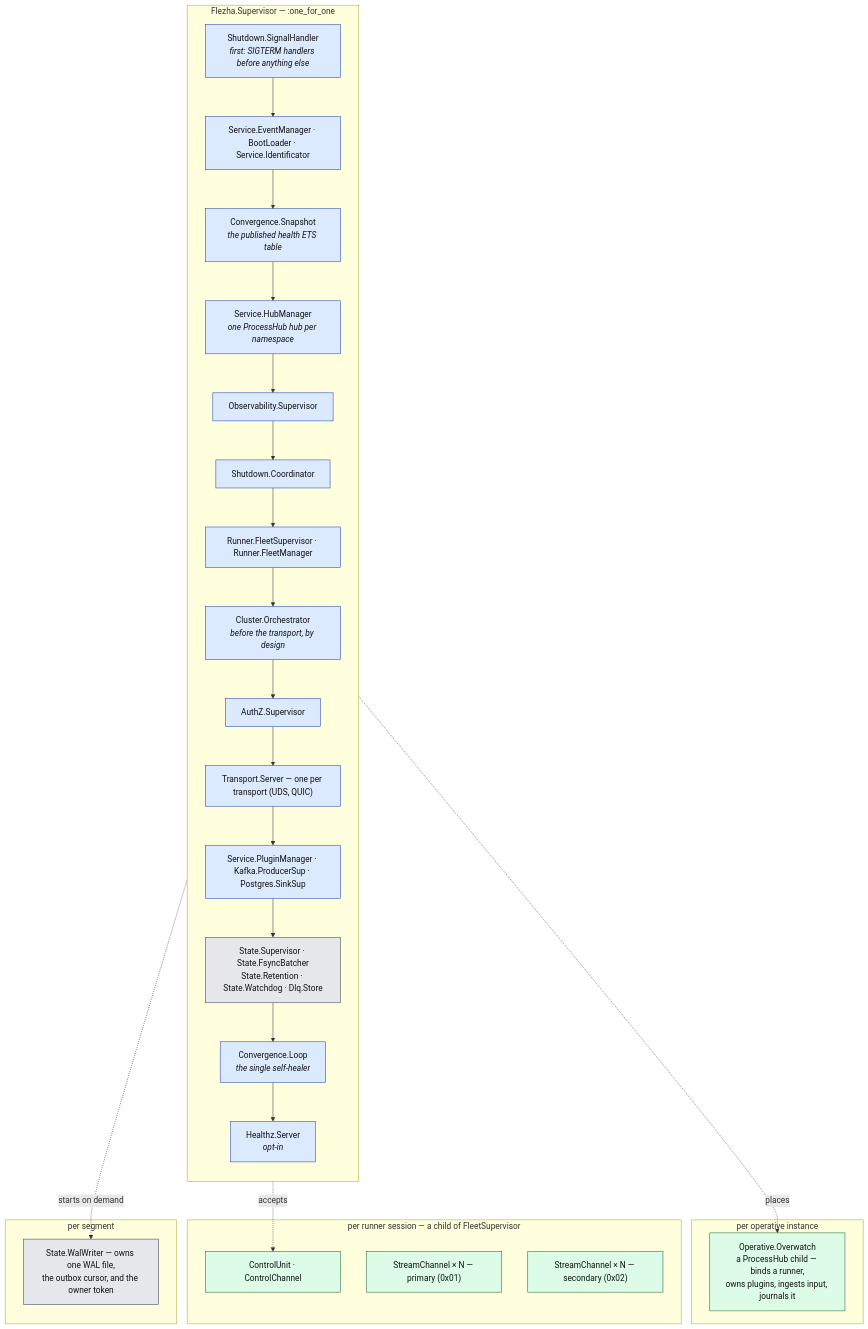
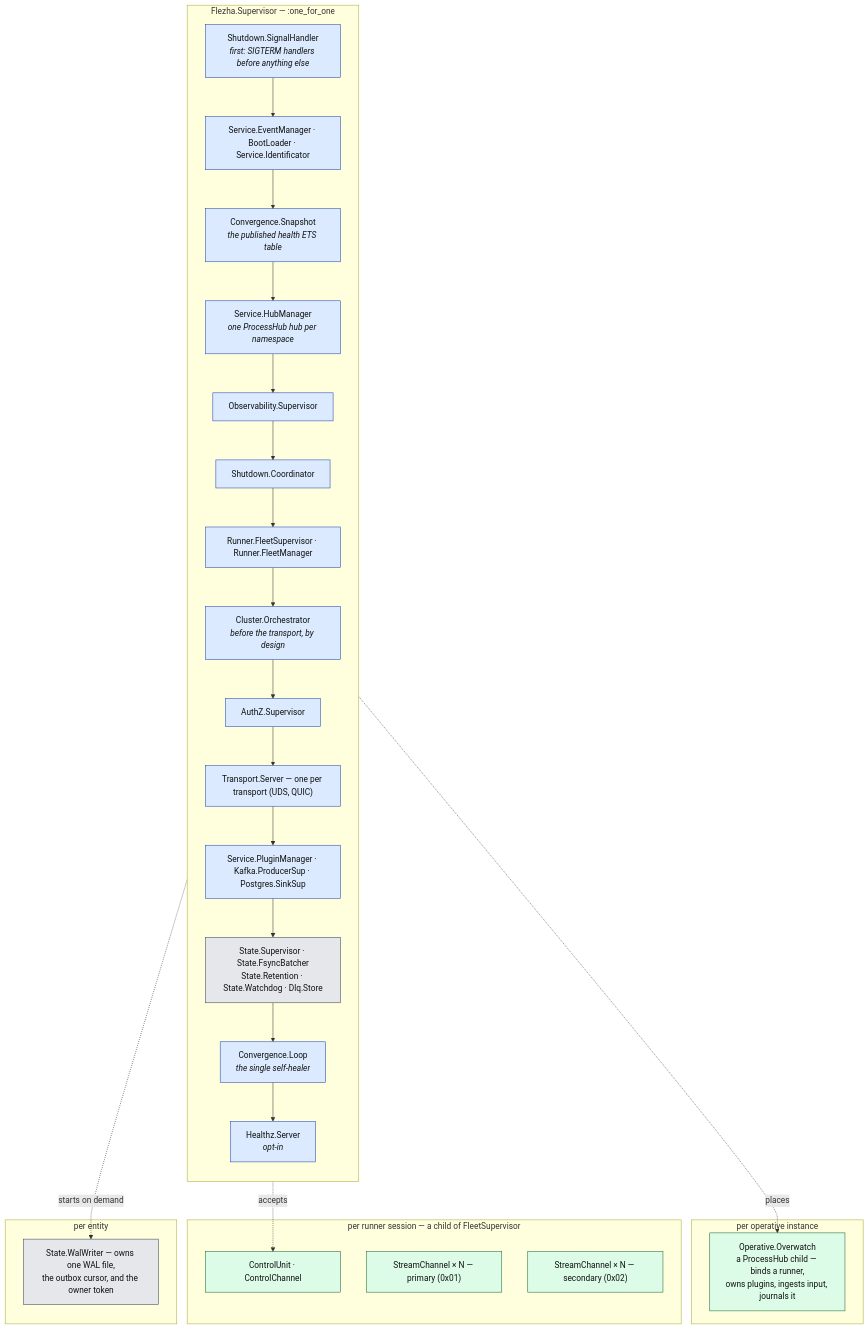
Before and after one commit to Flezha/flezha: the sixth of 9 diagrams in docs/architecture/README.md, drawn with Mermaid. The commit also changed other lines of this file and 658 other files, not shown here.

````diff
--- a/docs/architecture/README.md
+++ b/docs/architecture/README.md
@@ -244,41 +315,41 @@
 ```mermaid
 flowchart TB
     subgraph APP["Flezha.Supervisor — :one_for_one"]
         direction TB
         A1["Shutdown.SignalHandler<br/><i>first: SIGTERM handlers before anything else</i>"]:::ctrl
         A2["Service.EventManager · BootLoader · Service.Identificator"]:::ctrl
         A3["Convergence.Snapshot<br/><i>the published health ETS table</i>"]:::ctrl
         A4["Service.HubManager<br/><i>one ProcessHub hub per namespace</i>"]:::ctrl
         A5["Observability.Supervisor"]:::ctrl
         A6["Shutdown.Coordinator"]:::ctrl
         A7["Runner.FleetSupervisor · Runner.FleetManager"]:::ctrl
         A8["Cluster.Orchestrator<br/><i>before the transport, by design</i>"]:::ctrl
         A9["AuthZ.Supervisor"]:::ctrl
         A10["Transport.Server — one per transport (UDS, QUIC)"]:::ctrl
         A11["Service.PluginManager · Kafka.ProducerSup · Postgres.SinkSup"]:::ctrl
         A12["State.Supervisor · State.FsyncBatcher<br/>State.Retention · State.Watchdog · Dlq.Store"]:::store
         A13["Convergence.Loop<br/><i>the single self-healer</i>"]:::ctrl
         A14["Healthz.Server<br/><i>opt-in</i>"]:::ctrl
         A1 --> A2 --> A3 --> A4 --> A5 --> A6 --> A7 --> A8 --> A9 --> A10 --> A11 --> A12 --> A13 --> A14
     end
 
     subgraph PEROP["per operative instance"]
         OW["Operative.Overwatch<br/>a ProcessHub child — binds a runner,<br/>owns plugins, ingests input, journals it"]:::exec
     end
     subgraph PEREX["per runner session — a child of FleetSupervisor"]
         EX1["ControlUnit · ControlChannel"]:::exec
         EX2["StreamChannel × N — primary (0x01)"]:::exec
         EX3["StreamChannel × N — secondary (0x02)"]:::exec
     end
-    subgraph PERSEG["per segment"]
+    subgraph PERSEG["per entity"]
         WW["State.WalWriter — owns one WAL file,<br/>the outbox cursor, and the owner token"]:::store
     end
 
     A4 -.->|"places"| OW
     A7 -.->|"accepts"| EX1
     A12 -.->|"starts on demand"| WW
 
     classDef ctrl fill:#dbeafe,stroke:#1e40af,color:#111
     classDef exec fill:#dcfce7,stroke:#166534,color:#111
     classDef store fill:#e5e7eb,stroke:#374151,color:#111
 ```
````
